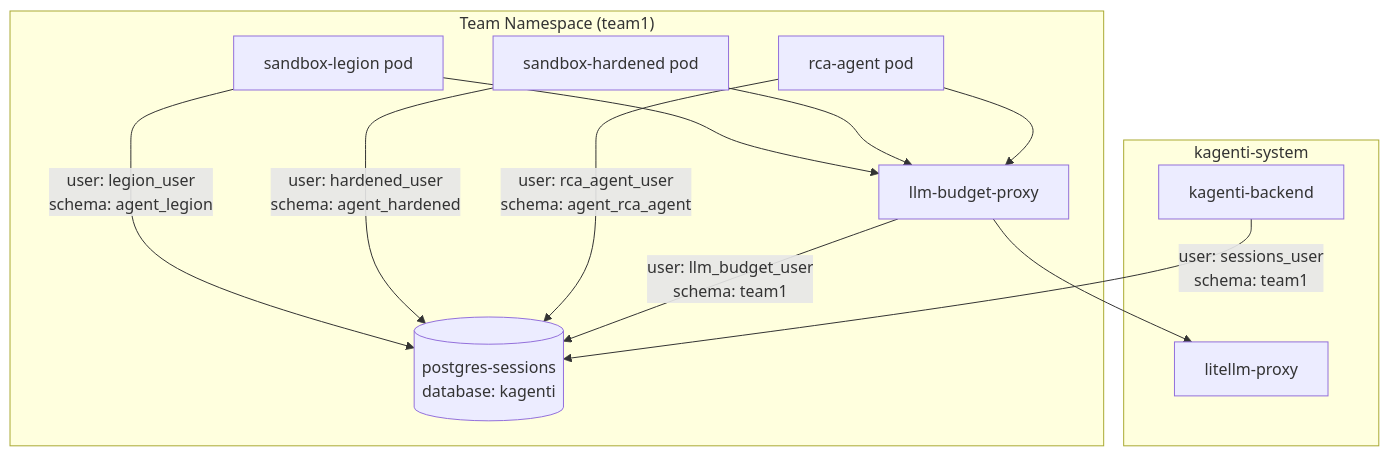
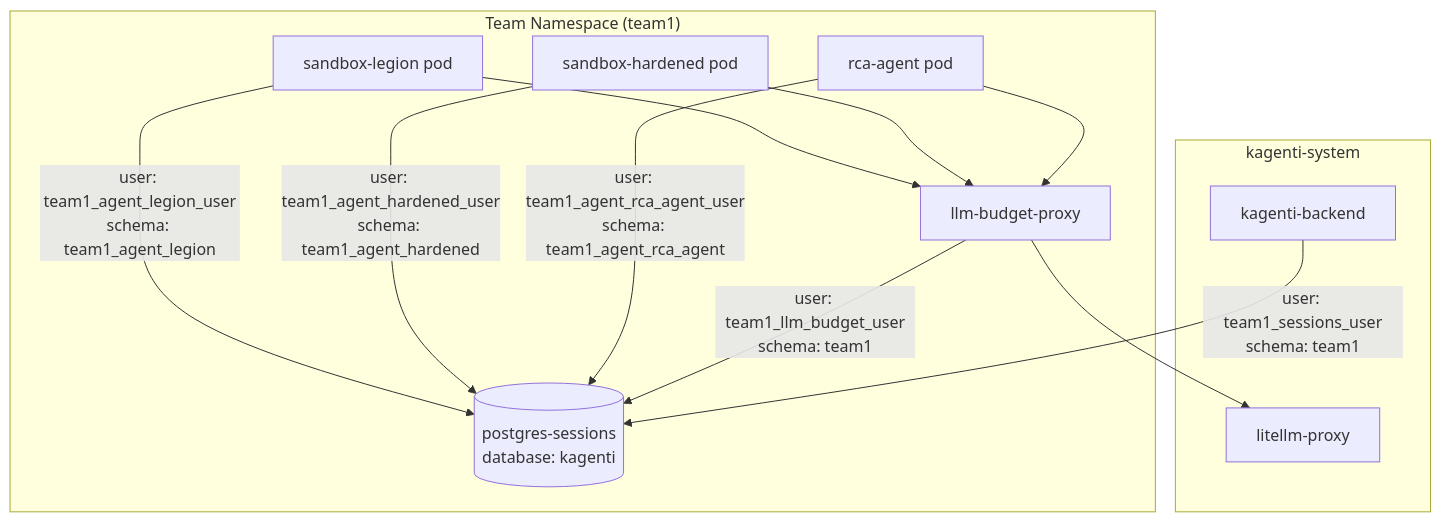
One commit to kagenti/kagenti changed the first of 6 diagrams in docs/plans/2026-03-12-db-multi-tenancy-design.md. Above: the diagram before and after it, drawn with Mermaid. The commit also changed other lines of this file, not shown here.

First line of the commit message:
docs: prefix DB users/schemas with namespace for collision avoidance

````diff
--- a/docs/plans/2026-03-12-db-multi-tenancy-design.md
+++ b/docs/plans/2026-03-12-db-multi-tenancy-design.md
@@ -15,25 +15,25 @@
 ```mermaid
 graph TB
     subgraph "Team Namespace (team1)"
         A1[sandbox-legion pod]
         A2[sandbox-hardened pod]
         A3[rca-agent pod]
         PROXY[llm-budget-proxy]
         PG[(postgres-sessions<br/>database: kagenti)]
     end
 
     subgraph "kagenti-system"
         BE[kagenti-backend]
         LLM[litellm-proxy]
     end
 
-    A1 -->|"user: legion_user<br/>schema: agent_legion"| PG
-    A2 -->|"user: hardened_user<br/>schema: agent_hardened"| PG
-    A3 -->|"user: rca_agent_user<br/>schema: agent_rca_agent"| PG
-    BE -->|"user: sessions_user<br/>schema: team1"| PG
-    PROXY -->|"user: llm_budget_user<br/>schema: team1"| PG
+    A1 -->|"user: team1_agent_legion_user<br/>schema: team1_agent_legion"| PG
+    A2 -->|"user: team1_agent_hardened_user<br/>schema: team1_agent_hardened"| PG
+    A3 -->|"user: team1_agent_rca_agent_user<br/>schema: team1_agent_rca_agent"| PG
+    BE -->|"user: team1_sessions_user<br/>schema: team1"| PG
+    PROXY -->|"user: team1_llm_budget_user<br/>schema: team1"| PG
     A1 --> PROXY
     A2 --> PROXY
     A3 --> PROXY
     PROXY --> LLM
 ```
````
